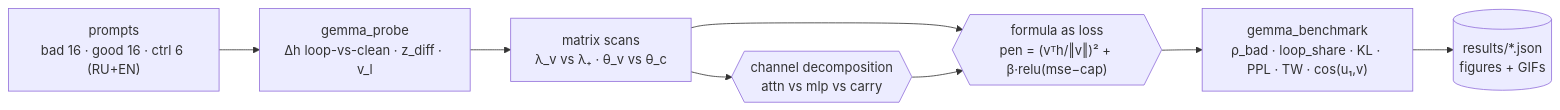
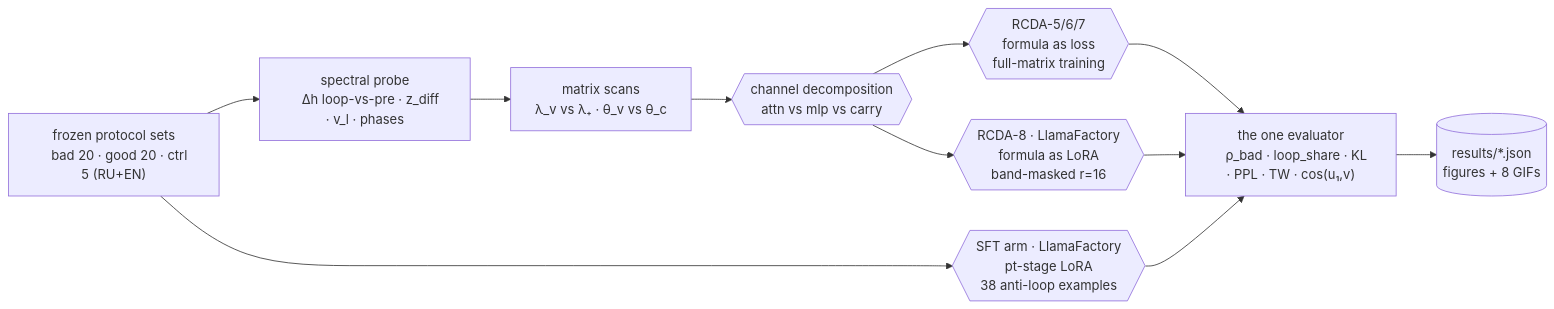
One commit to wild8highlander/rmt-llm-research changed the diagram in neural_lab/Gemma3-1B-IT/README.md. Above: the diagram before and after it, drawn with Mermaid. The commit also changed other lines of this file and 74 other files, not shown here.

````diff
--- a/neural_lab/Gemma3-1B-IT/README.md
+++ b/neural_lab/Gemma3-1B-IT/README.md
@@ -90,17 +106,25 @@
 ```mermaid
 flowchart LR
-    P["prompts
-bad 16 · good 16 · ctrl 6 (RU+EN)"] --> PR["gemma_probe
-Δh loop-vs-clean · z_diff · v_l"]
+    P["frozen protocol sets
+    bad 20 · good 20 · ctrl 5 (RU+EN)"] --> PR["spectral probe
+    Δh loop-vs-pre · z_diff · v_l · phases"]
     PR --> MS["matrix scans
-λ_v vs λ₊ · θ_v vs θ_c"]
+    λ_v vs λ₊ · θ_v vs θ_c"]
     MS --> CD{{"channel decomposition
-attn vs mlp vs carry"}}
-    MS --> TR{{"formula as loss
-pen = (vᵀh/‖v‖)² + β·relu(mse−cap)"}}
-    CD --> TR
-    TR --> BM["gemma_benchmark
-ρ_bad · loop_share · KL · PPL · TW · cos(u₁,v)"]
+    attn vs mlp vs carry"}}
+    CD --> TR6{{"RCDA-5/6/7
+    formula as loss
+    full-matrix training"}}
+    CD --> TR8{{"RCDA-8 · LlamaFactory
+    formula as LoRA
+    band-masked r=16"}}
+    P --> SFT{{"SFT arm · LlamaFactory
+    pt-stage LoRA
+    38 anti-loop examples"}}
+    TR6 --> BM["the one evaluator
+    ρ_bad · loop_share · KL · PPL · TW · cos(u₁,v)"]
+    TR8 --> BM
+    SFT --> BM
     BM --> ART[("results/*.json
-figures + GIFs")]
+    figures + 8 GIFs")]
 ```
````
